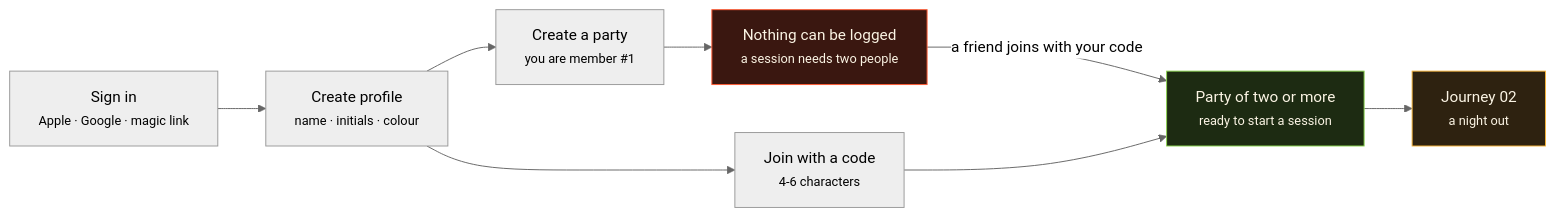
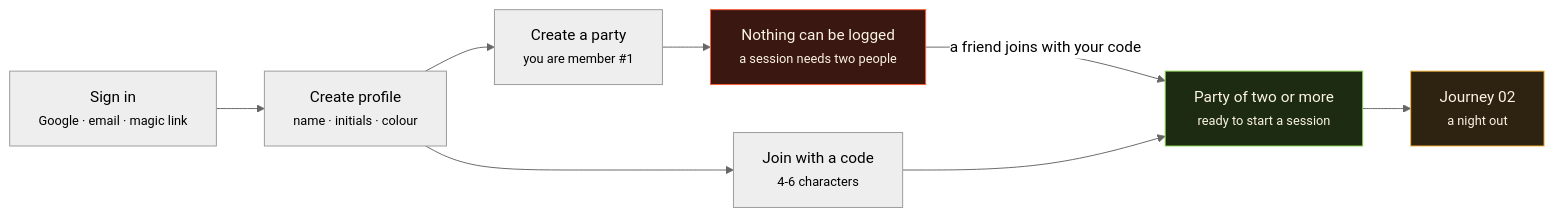
One commit to FagerJ/onemillion changed the first of 3 diagrams in docs/USER-JOURNEYS.md. Above: the diagram before and after it, drawn with Mermaid (neutral theme). The commit also changed other lines of this file and 7 other files, not shown here.

````diff
--- a/docs/USER-JOURNEYS.md
+++ b/docs/USER-JOURNEYS.md
@@ -15,17 +15,17 @@
 ```mermaid
 flowchart LR
-  A["Sign in<br/><small>Apple · Google · magic link</small>"] --> B["Create profile<br/><small>name · initials · colour</small>"]
+  A["Sign in<br/><small>Google · email · magic link</small>"] --> B["Create profile<br/><small>name · initials · colour</small>"]
   B --> C["Create a party<br/><small>you are member #1</small>"]
   B --> D["Join with a code<br/><small>4-6 characters</small>"]
   C --> E["Nothing can be logged<br/><small>a session needs two people</small>"]
   E -->|"a friend joins with your code"| F
   D --> F["Party of two or more<br/><small>ready to start a session</small>"]
   F --> G["Journey 02<br/><small>a night out</small>"]
 
   classDef dead fill:#3a1710,stroke:#FF5B35,color:#FBF4E4
   classDef good fill:#1d2b12,stroke:#8BD450,color:#FBF4E4
   classDef gold fill:#2e2210,stroke:#F5B23A,color:#FBF4E4
   class E dead
   class F good
   class G gold
 ```
````
